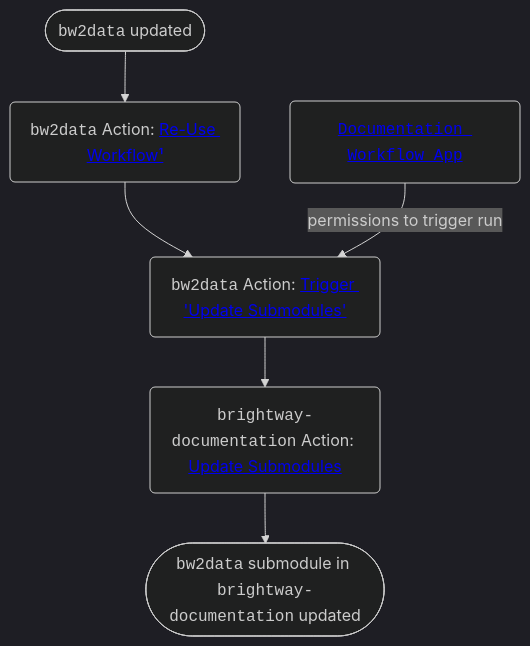
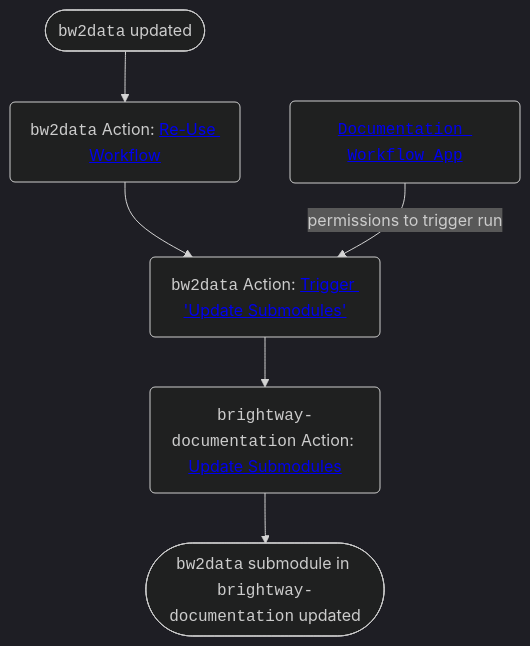
Before and after one commit to brightway-lca/brightway-documentation: the diagram in README.md, drawn with Mermaid (dark theme). The commit also changed other lines of this file, not shown here.

````diff
--- a/README.md
+++ b/README.md
@@ -189,13 +189,13 @@
 ```mermaid
   flowchart TD;
     id1([<tt>bw2data</tt> updated])
 	--> 
-	id2(<tt>bw2data</tt> Action: <a href='https://github.com/brightway-lca/brightway2-data/blob/main/.github/workflows/github_action_trigger_submodule_pull_reusable.yml'>Re-Use Workflow¹</a>)
+	id2(<tt>bw2data</tt> Action: <a href='https://github.com/brightway-lca/brightway2-data/blob/main/.github/workflows/github_action_trigger_submodule_pull_reusable.yml'>Re-Use Workflow</a>)
 	-->
 	id3(<tt>bw2data</tt> Action: <a href='https://github.com/brightway-lca/brightway2-data/blob/main/.github/workflows/github_action_trigger_submodule_pull_reusable.yml'>Trigger 'Update Submodules'</a>) 
 	--> 
 	id4(<tt>brightway-documentation</tt> Action: <a href='https://github.com/brightway-lca/brightway2-data/blob/main/.github/workflows/github_action_trigger_submodule_pull_reusable.yml'>Update Submodules</a>)
 	--> 
 	id5([<tt>bw2data</tt> submodule in <tt>brightway-documentation</tt> updated])
 	id7(<a href='https://github.com/organizations/brightway-lca/settings/installations/40187447'><tt>Documentation Workflow App</tt></a>)-- permissions to trigger run -->id3
 ```
````
